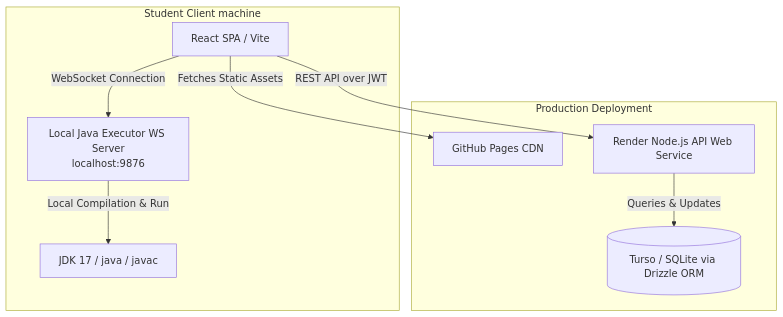
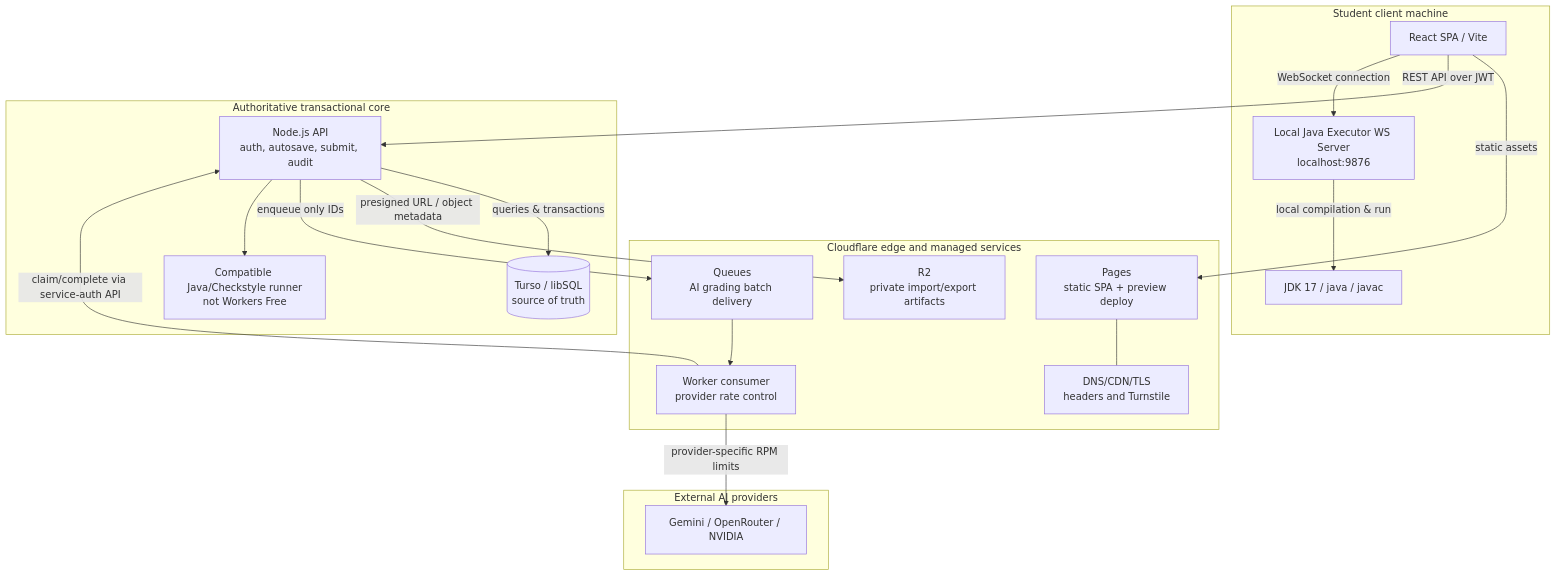
Before and after one commit to oop-uet/olp: the first of 2 diagrams in design.md, drawn with Mermaid. The commit also changed other lines of this file and 4 other files, not shown here.

Commit message:
Document hybrid Cloudflare architecture

````diff
--- a/design.md
+++ b/design.md
@@ -20,20 +30,39 @@
 ```mermaid
 graph TB
-    subgraph StudentDevice[Student Client machine]
+    subgraph StudentDevice[Student client machine]
       Browser[React SPA / Vite]
       ExecutorAgent[Local Java Executor WS Server<br/>localhost:9876]
       JDK17[JDK 17 / java / javac]
     end
 
-    subgraph Hosting[Production Deployment]
-      FrontendPages[GitHub Pages CDN]
-      APIHost[Render Node.js API Web Service]
-      Database[(Turso / SQLite via Drizzle ORM)]
+    subgraph Cloudflare[Cloudflare edge and managed services]
+      Pages[Pages<br/>static SPA + preview deploy]
+      Edge[DNS/CDN/TLS<br/>headers and Turnstile]
+      R2[R2<br/>private import/export artifacts]
+      Queue[Queues<br/>AI grading batch delivery]
+      Consumer[Worker consumer<br/>provider rate control]
     end
 
-    Browser -->|Fetches Static Assets| FrontendPages
-    Browser -->|REST API over JWT| APIHost
-    Browser -->|WebSocket Connection| ExecutorAgent
-    ExecutorAgent -->|Local Compilation & Run| JDK17
-    APIHost -->|Queries & Updates| Database
+    subgraph TransactionalCore[Authoritative transactional core]
+      API[Node.js API<br/>auth, autosave, submit, audit]
+      Database[(Turso / libSQL<br/>source of truth)]
+      JavaRunner[Compatible Java/Checkstyle runner<br/>not Workers Free]
+    end
+
+    subgraph External[External AI providers]
+      Providers[Gemini / OpenRouter / NVIDIA]
+    end
+
+    Browser -->|static assets| Pages
+    Pages --- Edge
+    Browser -->|REST API over JWT| API
+    Browser -->|WebSocket connection| ExecutorAgent
+    ExecutorAgent -->|local compilation & run| JDK17
+    API -->|queries & transactions| Database
+    API -->|presigned URL / object metadata| R2
+    API -->|enqueue only IDs| Queue
+    Queue --> Consumer
+    Consumer -->|claim/complete via service-auth API| API
+    Consumer -->|provider-specific RPM limits| Providers
+    API --> JavaRunner
 ```
````
